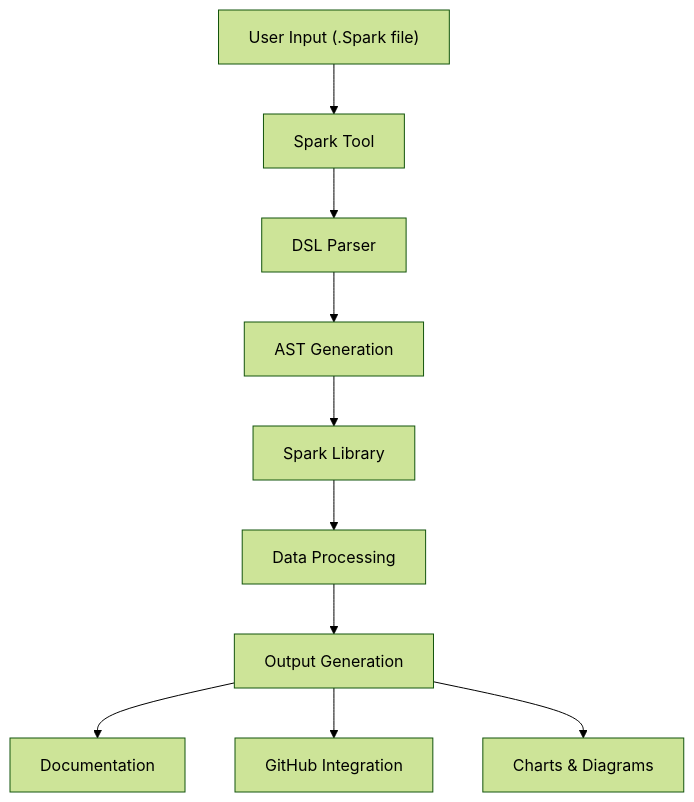
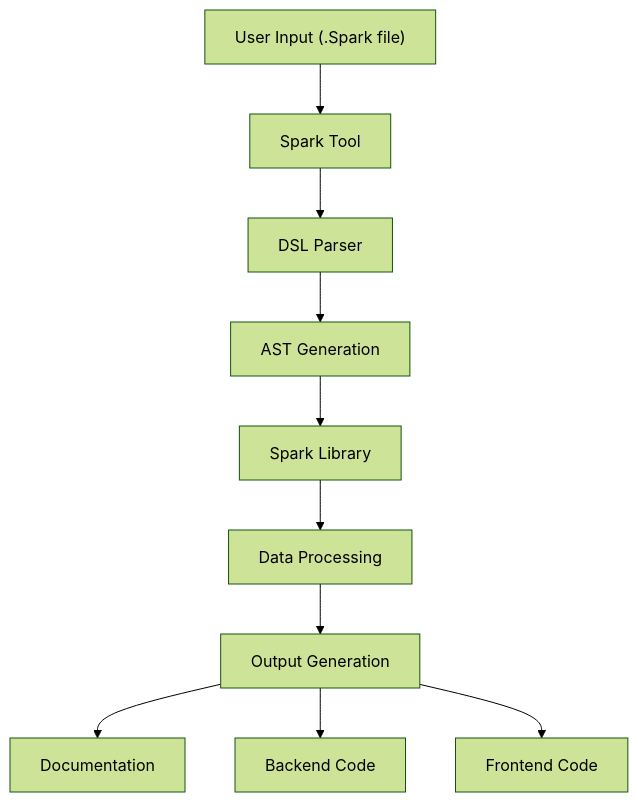
Before and after one commit to Nicolas-Botelho/leds-tools-public: the diagram in docs/spark/3_SparkVsSparklib.md, drawn with Mermaid (forest theme). The commit also changed other lines of this file and 26 other files, not shown here.

````diff
--- a/docs/spark/3_SparkVsSparklib.md
+++ b/docs/spark/3_SparkVsSparklib.md
@@ -85,12 +85,12 @@
 ```mermaid
 graph TD
     A["User Input (.Spark file)"] --> B["Spark Tool"]
     B --> C["DSL Parser"]
     C --> D["AST Generation"]
     D --> E["Spark Library"]
     E --> F["Data Processing"]
     F --> G["Output Generation"]
     G --> H["Documentation"]
-    G --> I["GitHub Integration"]
-    G --> J["Charts & Diagrams"]
+    G --> I["Backend Code"]
+    G --> J["Frontend Code"]
 ```
````
